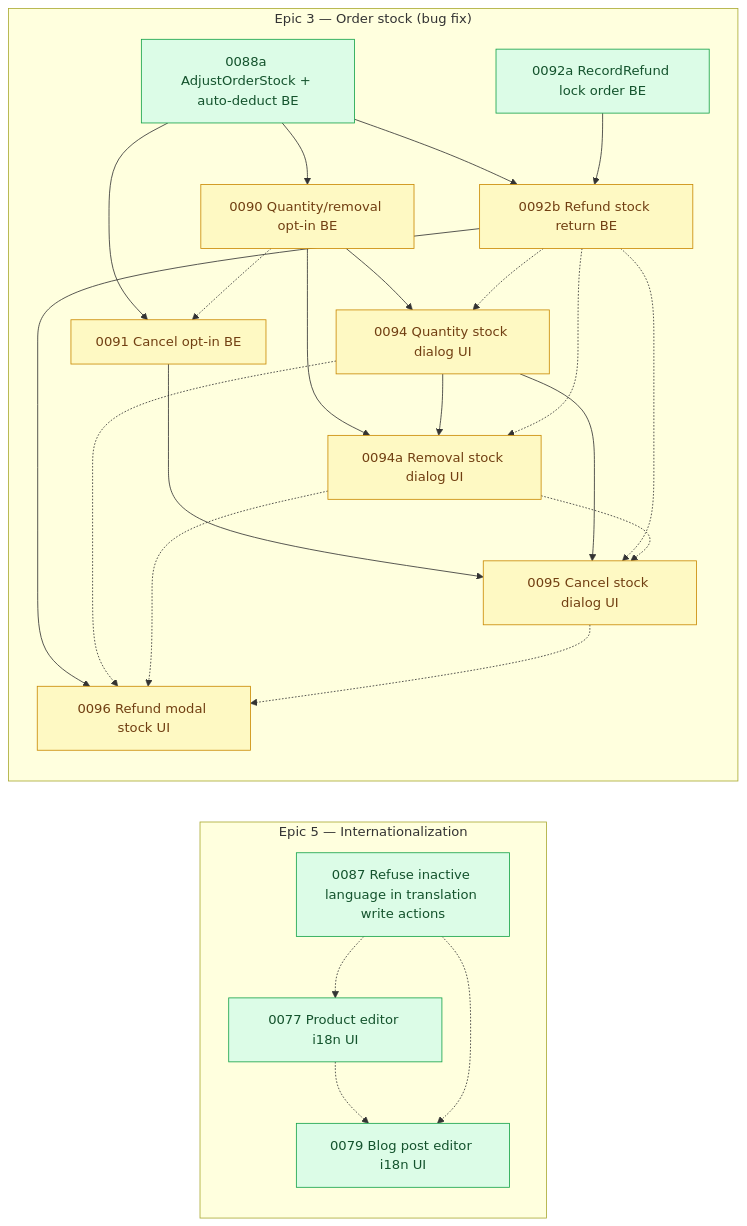
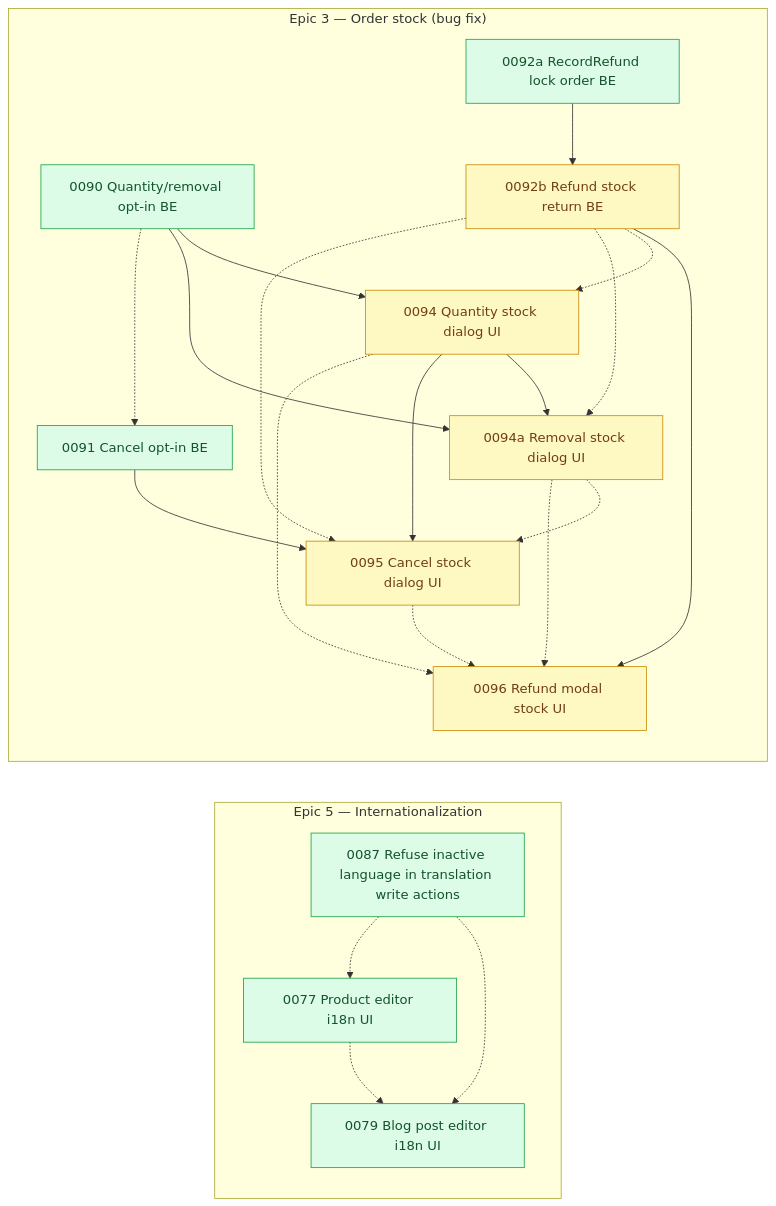
One commit to shojen/AI4Devs-finalproject changed the diagram in arospe/ai-spec/tasks-map.md. Above: the diagram before and after it, drawn with Mermaid. The commit also changed other lines of this file and 7 other files, not shown here.

```diff
--- a/arospe/ai-spec/tasks-map.md
+++ b/arospe/ai-spec/tasks-map.md
@@ -601,7 +602,6 @@
 
     subgraph PEND_STOCK["Epic 3 — Order stock (bug fix)"]
         direction TB
-        P0088a["0088a AdjustOrderStock + auto-deduct BE"]
         P0090["0090 Quantity/removal opt-in BE"]
         P0091["0091 Cancel opt-in BE"]
         P0092a["0092a RecordRefund lock order BE"]
@@ -613,9 +613,6 @@
     end
     %% (P0089 merged into P0088 and P0092 split into P0092a/P0092b on 2026-11-08; their nodes and edges are dropped.)
     %% (P0088 --> P0090/P0091/P0092b replaced by P0088 --> P0088a --> … on 2026-11-08, review #4 split.)
-    P0088a --> P0090
-    P0088a --> P0091
-    P0088a --> P0092b
     P0092a --> P0092b
     P0090 --> P0094
     P0090 --> P0094a
@@ -631,8 +628,8 @@
     P0094 -.-> P0096
     P0094a -.-> P0096
     P0095 -.-> P0096
-    class P0088a,P0092a ready;
-    class P0090,P0091,P0092b,P0094,P0094a,P0095,P0096 pending;
+    class P0092a,P0090,P0091 ready;
+    class P0092b,P0094,P0094a,P0095,P0096 pending;
 
     %% Standalone (no PRD epic)
     %% (P0082's own node dropped: 0082 closed to done/ this pass, per the update at the top of this file.)
```
